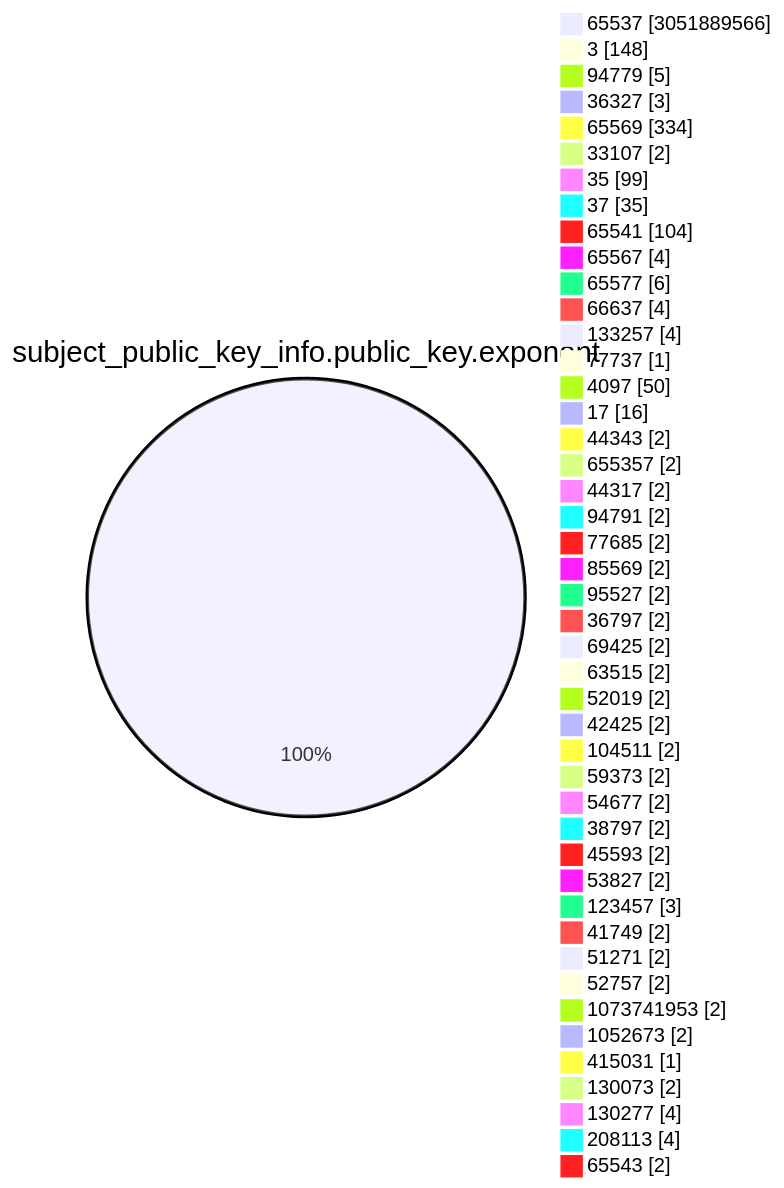
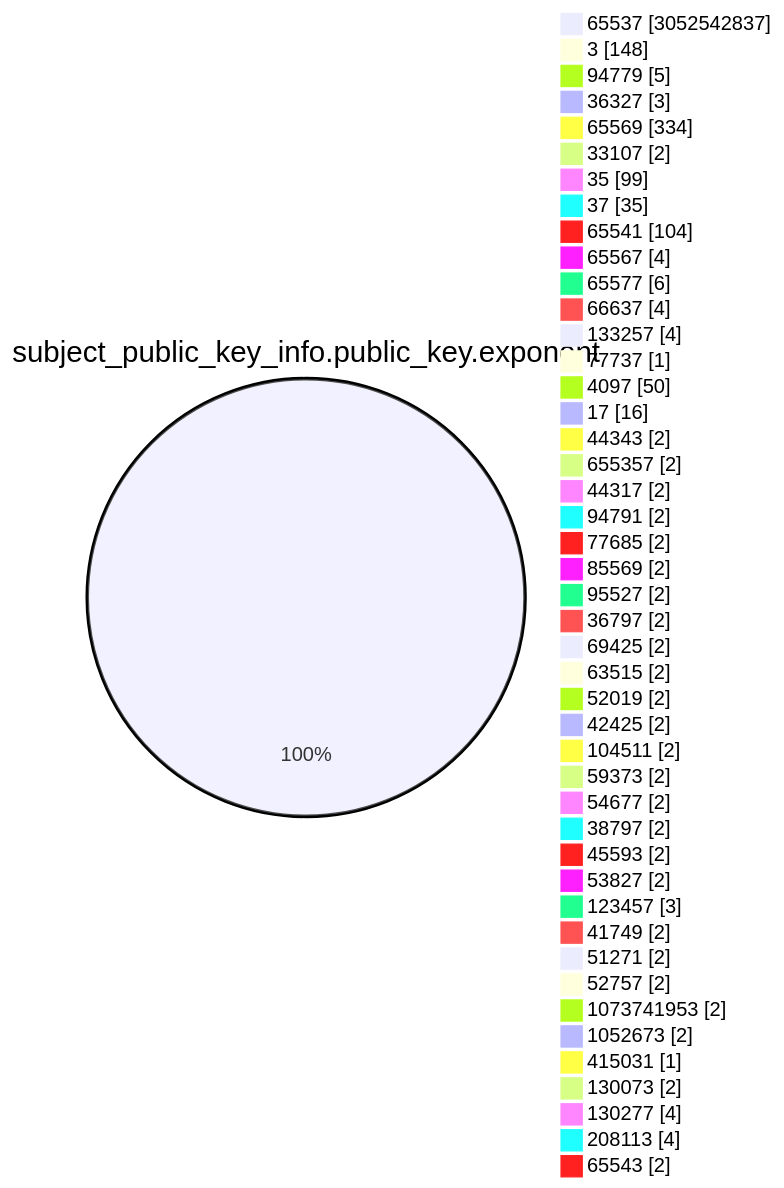
Before and after one commit to christiankrug/ctmonitor_visualization: the fourth of 15 diagrams in TOTAL/README.md, drawn with Mermaid. The commit also changed other lines of this file, not shown here.

````diff
--- a/TOTAL/README.md
+++ b/TOTAL/README.md
@@ -1473,49 +1473,49 @@
 ```mermaid
 pie showData
 title subject_public_key_info.public_key.exponent
-"65537" :3051889566
+"65537" :3052542837
 "3" :148
 "94779" :5
 "36327" :3
 "65569" :334
 "33107" :2
 "35" :99
 "37" :35
 "65541" :104
 "65567" :4
 "65577" :6
 "66637" :4
 "133257" :4
 "77737" :1
 "4097" :50
 "17" :16
 "44343" :2
 "655357" :2
 "44317" :2
 "94791" :2
 "77685" :2
 "85569" :2
 "95527" :2
 "36797" :2
 "69425" :2
 "63515" :2
 "52019" :2
 "42425" :2
 "104511" :2
 "59373" :2
 "54677" :2
 "38797" :2
 "45593" :2
 "53827" :2
 "123457" :3
 "41749" :2
 "51271" :2
 "52757" :2
 "1073741953" :2
 "1052673" :2
 "415031" :1
 "130073" :2
 "130277" :4
 "208113" :4
 "65543" :2
 ```
````
